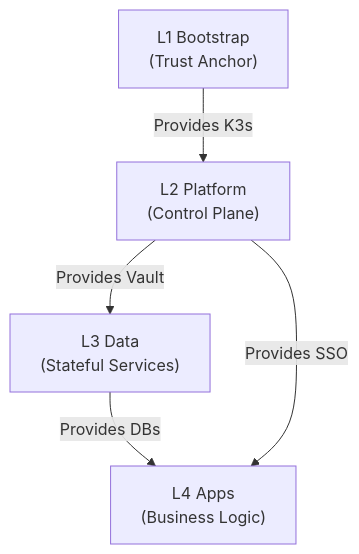
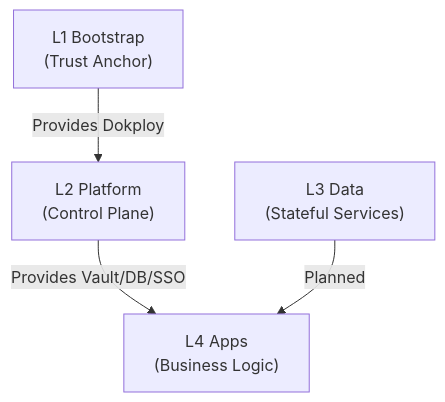
The diagram in docs/ssot/core.md (wangzitian0/infra2), drawn with Mermaid before and after one commit. The commit also changed other lines of this file and 59 other files, not shown here.

````diff
--- a/docs/ssot/core.md
+++ b/docs/ssot/core.md
@@ -29,12 +31,11 @@
 ```mermaid
 flowchart TB
     Bootstrap["L1 Bootstrap<br/>(Trust Anchor)"]
     Platform["L2 Platform<br/>(Control Plane)"]
     Data["L3 Data<br/>(Stateful Services)"]
     Apps["L4 Apps<br/>(Business Logic)"]
 
-    Bootstrap -->|Provides K3s| Platform
-    Platform -->|Provides Vault| Data
-    Data -->|Provides DBs| Apps
-    Platform -->|Provides SSO| Apps
+    Bootstrap -->|Provides Dokploy| Platform
+    Platform -->|Provides Vault/DB/SSO| Apps
+    Data -->|Planned| Apps
 ```
````
